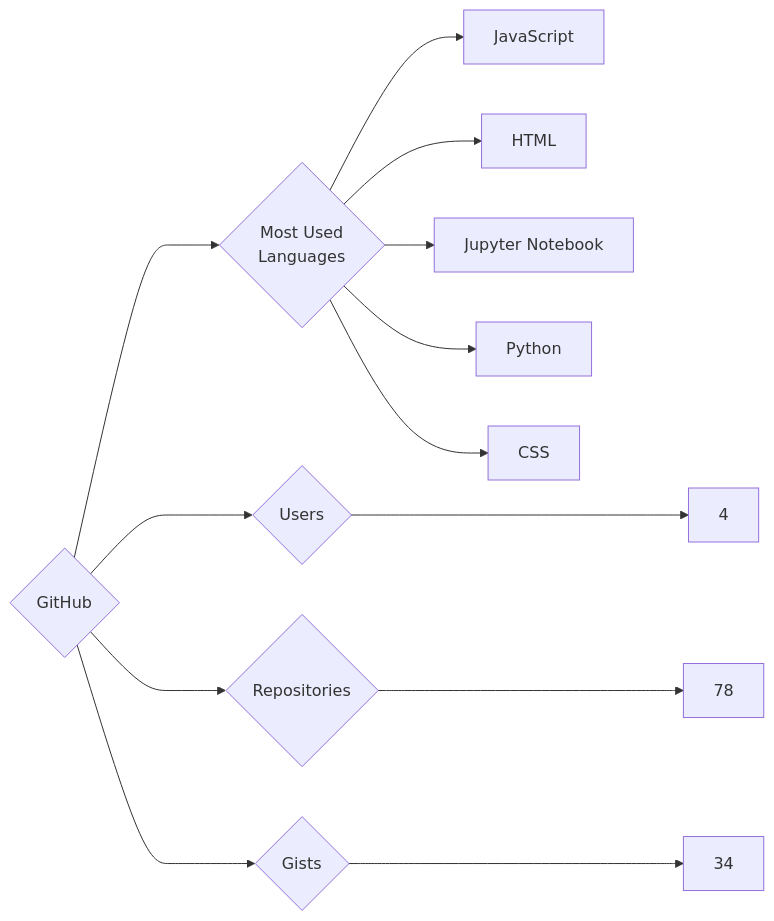
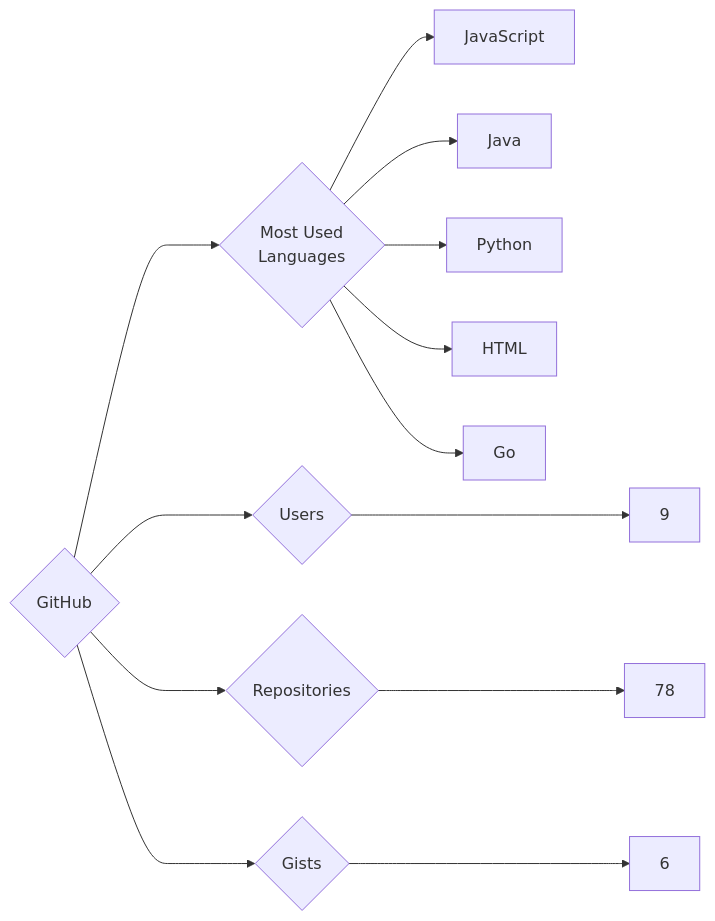
The diagram in targets/GitHub/README.md (trickest/insiders), drawn with Mermaid before and after one commit. The commit also changed 1175 other files, not shown here.

````diff
--- a/targets/GitHub/README.md
+++ b/targets/GitHub/README.md
@@ -3,13 +3,13 @@
 ```mermaid
 graph LR
 COMPANY_NAME{GitHub}
-COMPANY_NAME ---> U{Users} ---> UN[4]
+COMPANY_NAME ---> U{Users} ---> UN[9]
 COMPANY_NAME ---> R{Repositories} ---> RN[78]
-COMPANY_NAME ---> G{Gists} ---> GN[34]
+COMPANY_NAME ---> G{Gists} ---> GN[6]
 COMPANY_NAME ---> ML{Most Used<br>Languages}
 ML --> JavaScript[JavaScript]
+ML --> Java[Java]
+ML --> Python[Python]
 ML --> HTML[HTML]
-ML --> Jupyter_Notebook[Jupyter Notebook]
-ML --> Python[Python]
-ML --> CSS[CSS]
+ML --> Go[Go]
 ```
````
